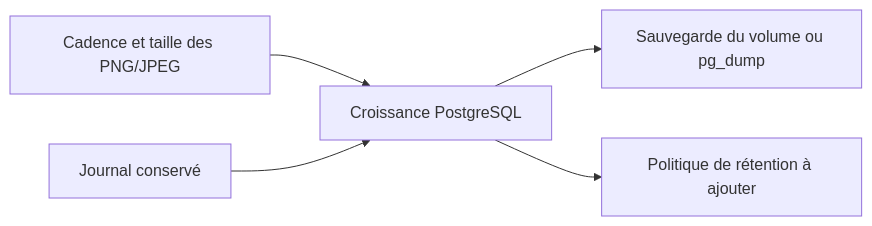
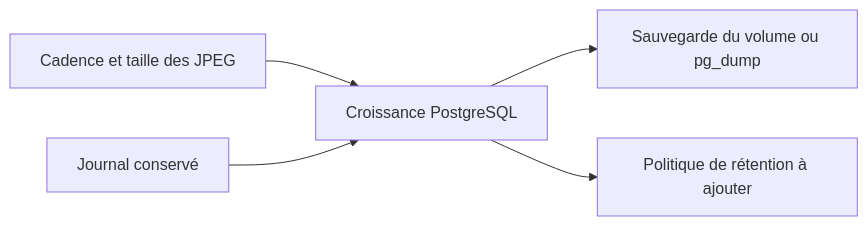
The seventh of 7 diagrams in docs/05-installation-et-exploitation.md (Mindsept/Looki--Vision), drawn with Mermaid before and after one commit. The commit also changed other lines of this file and 26 other files, not shown here.

Commit message:
fix(contracts): use JPEG for Pi uploads and realtime images

````diff
--- a/docs/05-installation-et-exploitation.md
+++ b/docs/05-installation-et-exploitation.md
@@ -373,7 +373,7 @@
 ```mermaid
 flowchart LR
-    Images[Cadence et taille des PNG/JPEG] --> Volume[Croissance PostgreSQL]
+    Images[Cadence et taille des JPEG] --> Volume[Croissance PostgreSQL]
     Events[Journal conservé] --> Volume
     Volume --> Backup[Sauvegarde du volume ou pg_dump]
     Volume --> Retention[Politique de rétention à ajouter]
 ```
````
